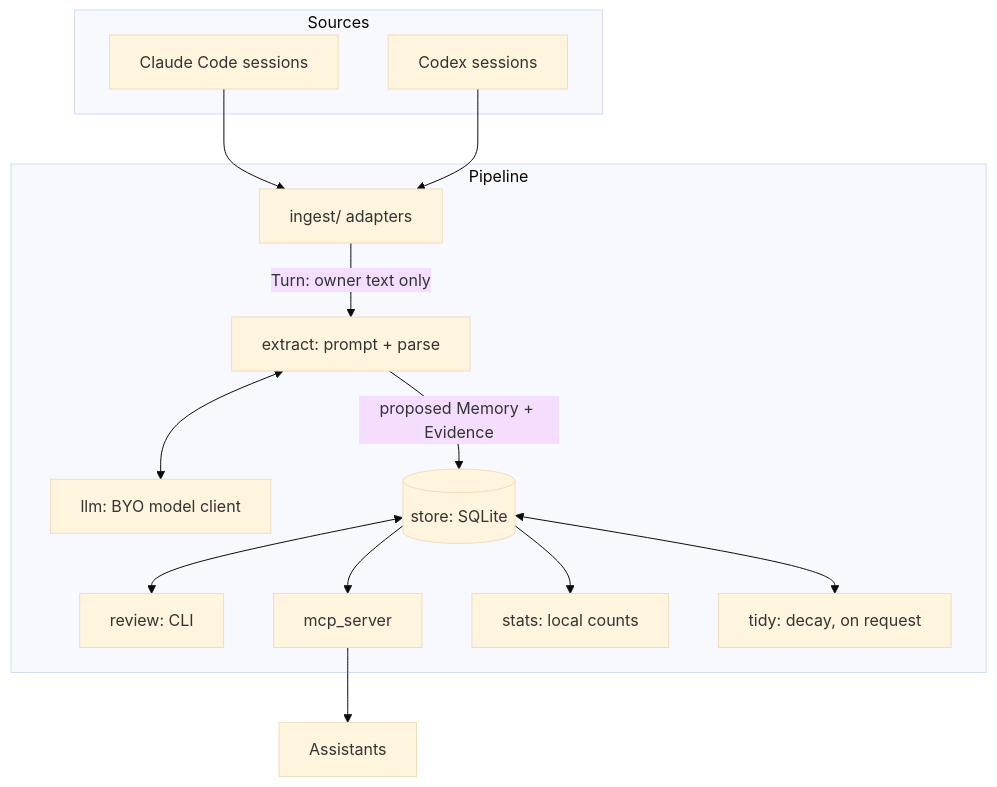
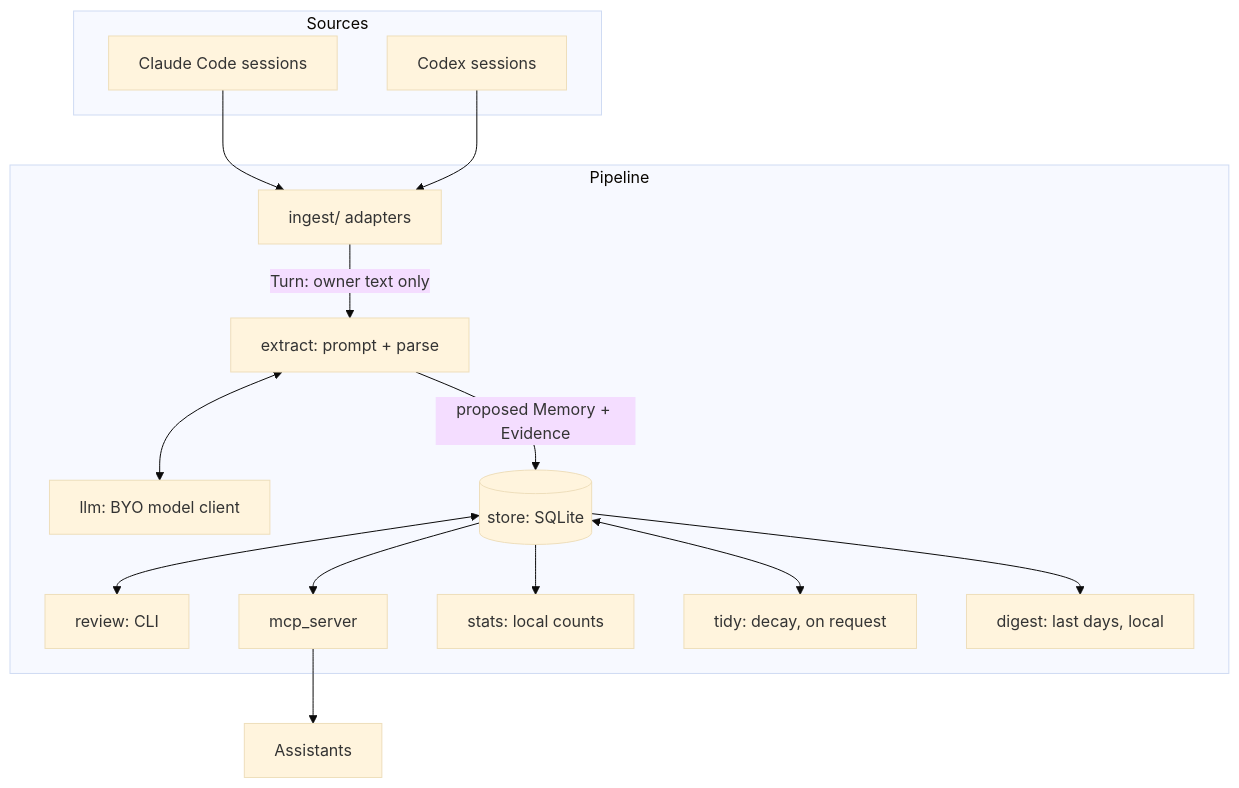
Before and after one commit to Yanir-R/personaKit: the diagram in docs/ARCHITECTURE.md, drawn with Mermaid (base theme). The commit also changed other lines of this file and 8 other files, not shown here.

First line of the commit message:
Digest: what changed in the last days, printed locally

````diff
--- a/docs/ARCHITECTURE.md
+++ b/docs/ARCHITECTURE.md
@@ -6,27 +6,29 @@
 ```mermaid
 flowchart TB
   subgraph Sources
     CC[Claude Code sessions]
     CX[Codex sessions]
   end
   subgraph Pipeline
     IN[ingest/ adapters]
     EX[extract: prompt + parse]
     LLM[llm: BYO model client]
     ST[(store: SQLite)]
     RV[review: CLI]
     MCP[mcp_server]
     SS[stats: local counts]
     TD[tidy: decay, on request]
+    DG[digest: last days, local]
   end
   CC --> IN
   CX --> IN
   IN -->|Turn: owner text only| EX
   EX <--> LLM
   EX -->|proposed Memory + Evidence| ST
   ST <--> RV
   ST --> MCP
   ST --> SS
   ST <--> TD
+  ST --> DG
   MCP --> AS[Assistants]
 ```
````
